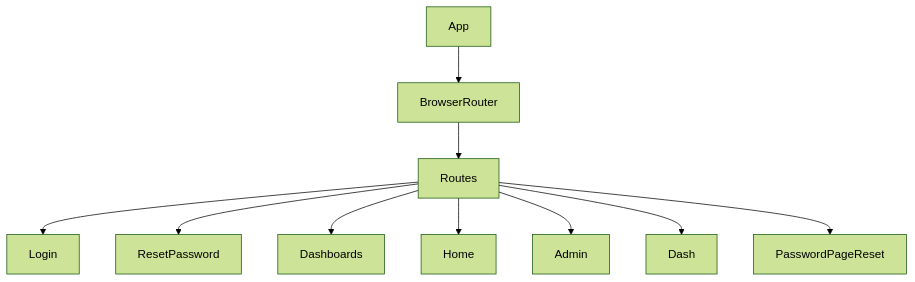
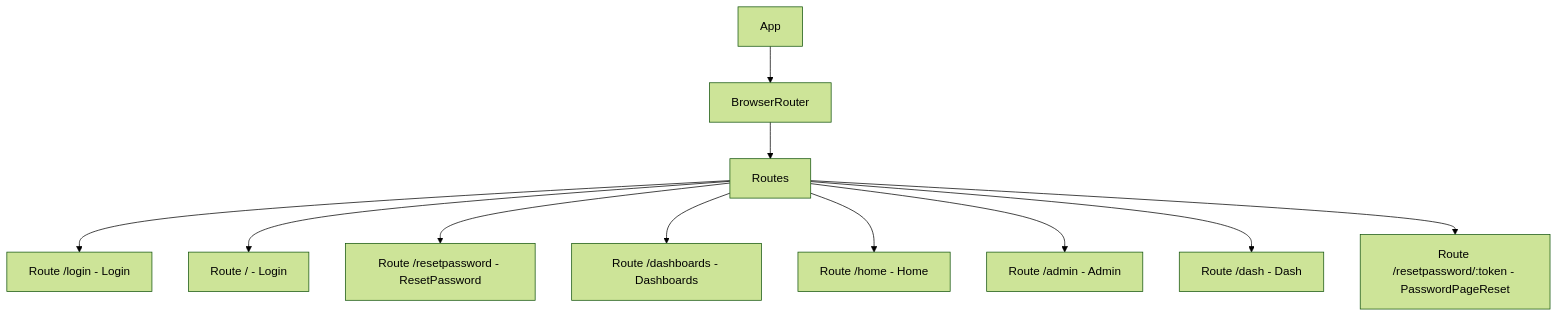
The diagram in docs/src/App.jsx.md (test-company-prowiz/maxify_frontend), drawn with Mermaid (forest theme) before and after one commit. The commit also changed other lines of this file, not shown here.

Commit message:
[AI-DOC] docs: auto-generated documentation for docs/src/App.jsx.md

````diff
--- a/docs/src/App.jsx.md
+++ b/docs/src/App.jsx.md
@@ -40,12 +55,13 @@
 ```mermaid
 graph TD
-A[App] --> B[BrowserRouter]
-B --> C[Routes]
-C --> D[Login]
-C --> E[ResetPassword]
-C --> F[Dashboards]
-C --> G[Home]
-C --> H[Admin]
-C --> I[Dash]
-C --> J[PasswordPageReset]
+App[App] --> BrowserRouter[BrowserRouter]
+BrowserRouter --> Routes[Routes]
+Routes --> LoginRoute[Route /login - Login]
+Routes --> RootRoute[Route / - Login]
+Routes --> ResetPasswordRoute[Route /resetpassword - ResetPassword]
+Routes --> DashboardsRoute[Route /dashboards - Dashboards]
+Routes --> HomeRoute[Route /home - Home]
+Routes --> AdminRoute[Route /admin - Admin]
+Routes --> DashRoute[Route /dash - Dash]
+Routes --> ResetTokenRoute[Route /resetpassword/:token - PasswordPageReset]
 ```
````
